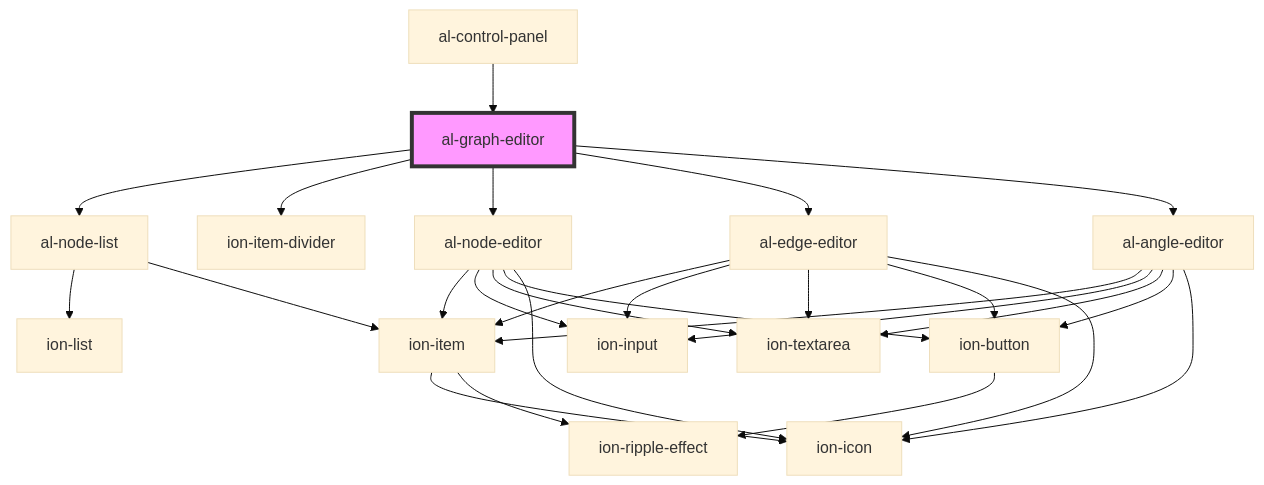
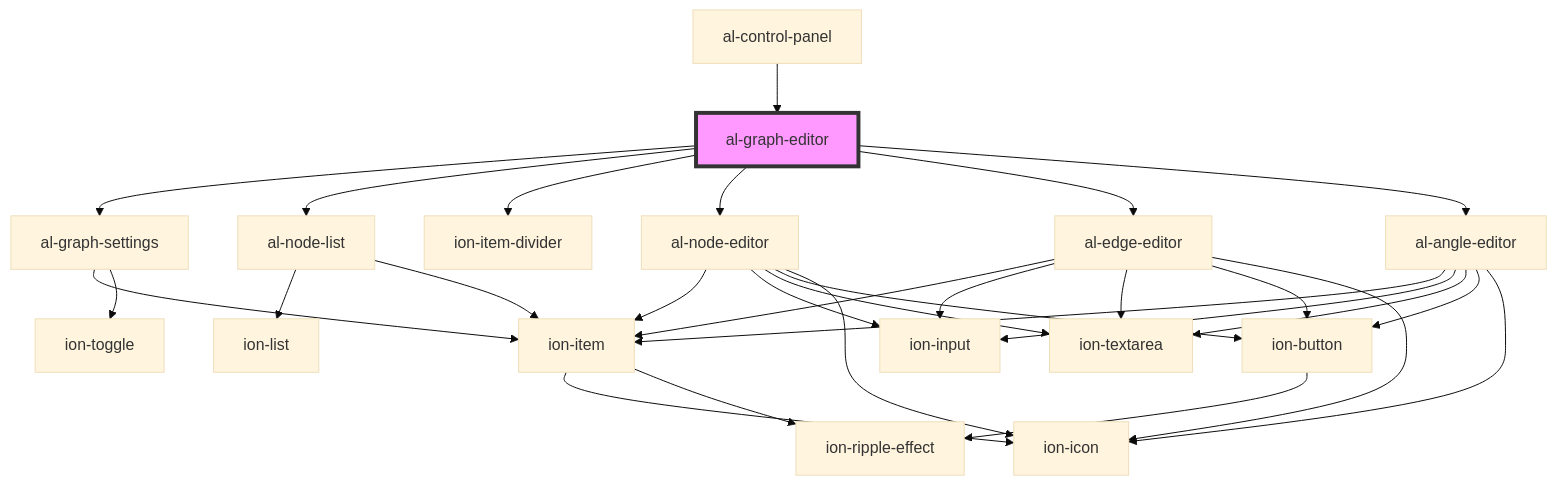
One commit to aleph-viewer/aleph changed the diagram in src/components/al-graph-editor/readme.md. Above: the diagram before and after it, drawn with Mermaid (base theme). The commit also changed other lines of this file and 28 other files, not shown here.

````diff
--- a/src/components/al-graph-editor/readme.md
+++ b/src/components/al-graph-editor/readme.md
@@ -34,30 +38,33 @@
 ```mermaid
 graph TD;
+  al-graph-editor --> al-graph-settings
   al-graph-editor --> al-node-list
   al-graph-editor --> ion-item-divider
   al-graph-editor --> al-node-editor
   al-graph-editor --> al-edge-editor
   al-graph-editor --> al-angle-editor
+  al-graph-settings --> ion-item
+  al-graph-settings --> ion-toggle
+  ion-item --> ion-icon
+  ion-item --> ion-ripple-effect
   al-node-list --> ion-list
   al-node-list --> ion-item
-  ion-item --> ion-icon
-  ion-item --> ion-ripple-effect
   al-node-editor --> ion-item
   al-node-editor --> ion-input
   al-node-editor --> ion-textarea
   al-node-editor --> ion-button
   al-node-editor --> ion-icon
   ion-button --> ion-ripple-effect
   al-edge-editor --> ion-item
   al-edge-editor --> ion-input
   al-edge-editor --> ion-textarea
   al-edge-editor --> ion-button
   al-edge-editor --> ion-icon
   al-angle-editor --> ion-item
   al-angle-editor --> ion-input
   al-angle-editor --> ion-textarea
   al-angle-editor --> ion-button
   al-angle-editor --> ion-icon
   al-control-panel --> al-graph-editor
   style al-graph-editor fill:#f9f,stroke:#333,stroke-width:4px
 ```
````
